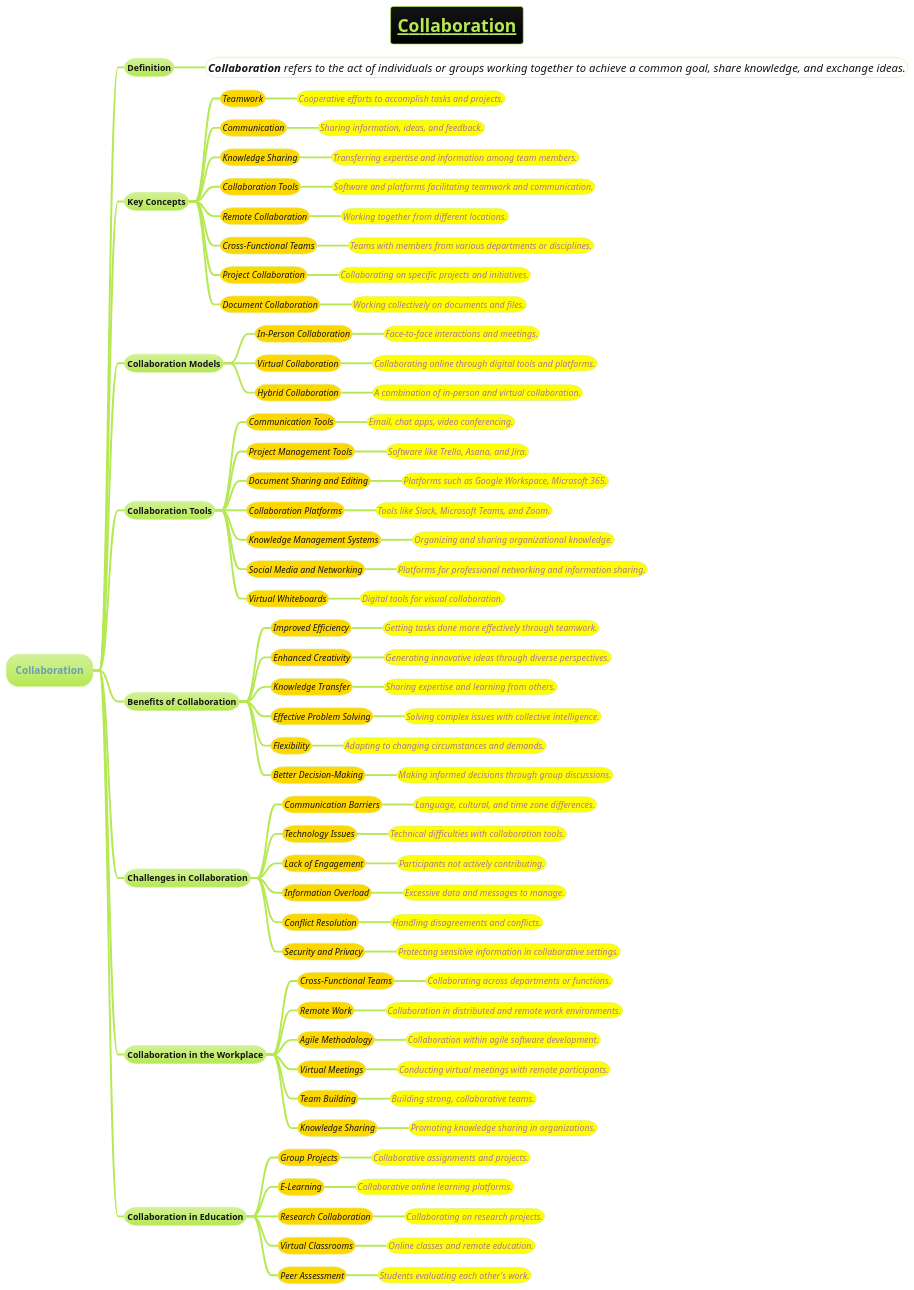
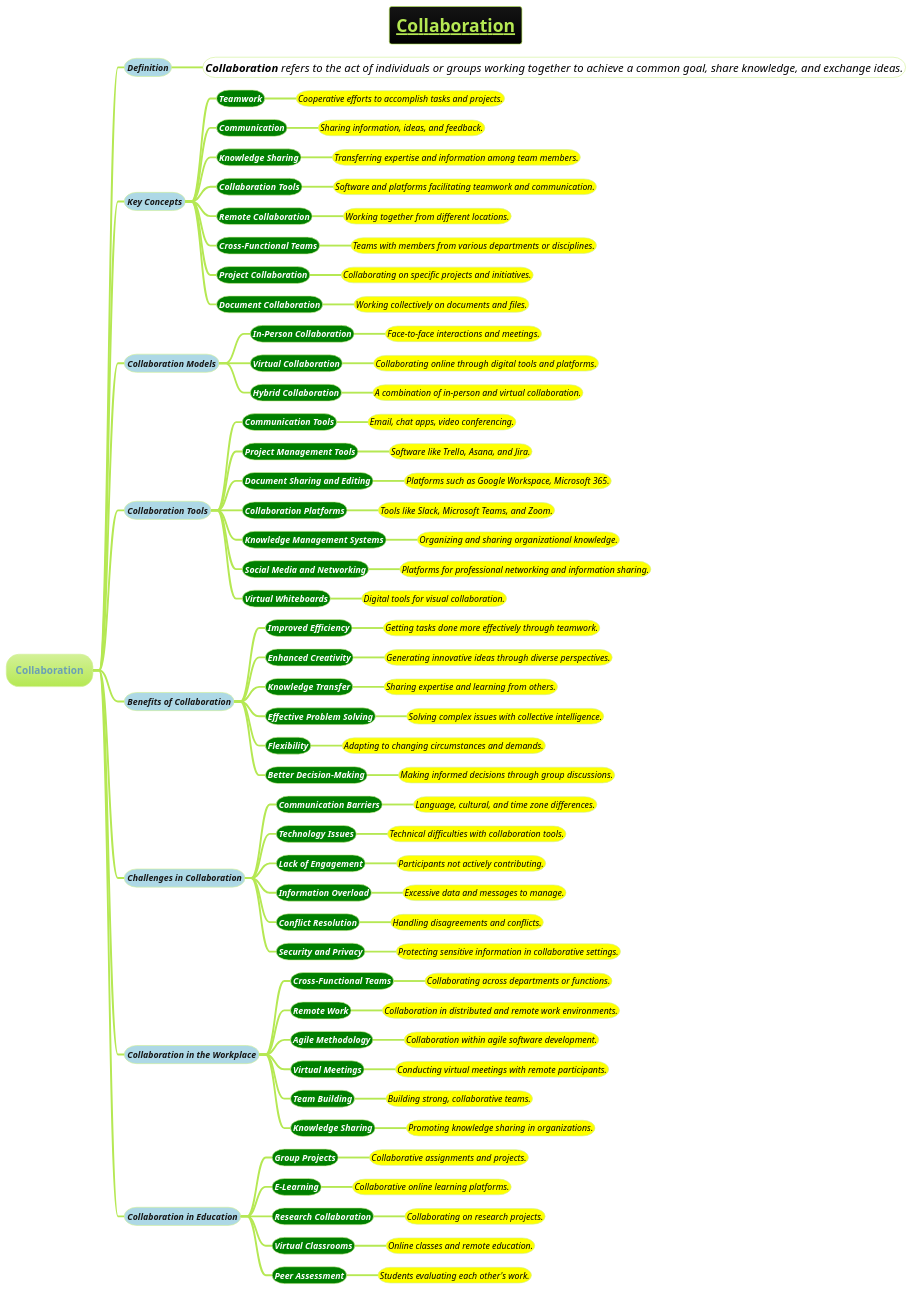
One commit to MehmoodHashmi/Documentation-as-Code-DaC changed the diagram in docs/3-devops/devops-plantuml-mindmap/Collaboration.puml. Above: the diagram before and after it, drawn with PlantUML. The commit also changed 18 other files, not shown here.

```diff
--- a/docs/3-devops/devops-plantuml-mindmap/Collaboration.puml
+++ b/docs/3-devops/devops-plantuml-mindmap/Collaboration.puml
@@ -1,107 +1,107 @@
 @startmindmap
 title =__Collaboration__
 !theme hacker
 
 
 
 * Collaboration
-** Definition
-***[#white] ====<size:18>**Collaboration** refers to the act of individuals or groups working together to achieve a common goal, share knowledge, and exchange ideas.
+**[#lightblue] <i>Definition
+***[#white] <color #black><i><size:18>**Collaboration** refers to the act of individuals or groups working together to achieve a common goal, share knowledge, and exchange ideas.
 
-** Key Concepts
-***[#gold] ====<size:14>Teamwork
-****[#yellow] ====<size:14>Cooperative efforts to accomplish tasks and projects.
-***[#gold] ====<size:14>Communication
-****[#yellow] ====<size:14>Sharing information, ideas, and feedback.
-***[#gold] ====<size:14>Knowledge Sharing
-****[#yellow] ====<size:14>Transferring expertise and information among team members.
-***[#gold] ====<size:14>Collaboration Tools
-****[#yellow] ====<size:14>Software and platforms facilitating teamwork and communication.
-***[#gold] ====<size:14>Remote Collaboration
-****[#yellow] ====<size:14>Working together from different locations.
-***[#gold] ====<size:14>Cross-Functional Teams
-****[#yellow] ====<size:14>Teams with members from various departments or disciplines.
-***[#gold] ====<size:14>Project Collaboration
-****[#yellow] ====<size:14>Collaborating on specific projects and initiatives.
-***[#gold] ====<size:14>Document Collaboration
-****[#yellow] ====<size:14>Working collectively on documents and files.
+**[#lightblue] <i>Key Concepts
+***[#green] <color #white><b><i><size:14>Teamwork
+****[#yellow] <color #black><i><size:14>Cooperative efforts to accomplish tasks and projects.
+***[#green] <color #white><b><i><size:14>Communication
+****[#yellow] <color #black><i><size:14>Sharing information, ideas, and feedback.
+***[#green] <color #white><b><i><size:14>Knowledge Sharing
+****[#yellow] <color #black><i><size:14>Transferring expertise and information among team members.
+***[#green] <color #white><b><i><size:14>Collaboration Tools
+****[#yellow] <color #black><i><size:14>Software and platforms facilitating teamwork and communication.
+***[#green] <color #white><b><i><size:14>Remote Collaboration
+****[#yellow] <color #black><i><size:14>Working together from different locations.
+***[#green] <color #white><b><i><size:14>Cross-Functional Teams
+****[#yellow] <color #black><i><size:14>Teams with members from various departments or disciplines.
+***[#green] <color #white><b><i><size:14>Project Collaboration
+****[#yellow] <color #black><i><size:14>Collaborating on specific projects and initiatives.
+***[#green] <color #white><b><i><size:14>Document Collaboration
+****[#yellow] <color #black><i><size:14>Working collectively on documents and files.
 
-** Collaboration Models
-***[#gold] ====<size:14>In-Person Collaboration
-****[#yellow] ====<size:14>Face-to-face interactions and meetings.
-***[#gold] ====<size:14>Virtual Collaboration
-****[#yellow] ====<size:14>Collaborating online through digital tools and platforms.
-***[#gold] ====<size:14>Hybrid Collaboration
-****[#yellow] ====<size:14>A combination of in-person and virtual collaboration.
+**[#lightblue] <i>Collaboration Models
+***[#green] <color #white><b><i><size:14>In-Person Collaboration
+****[#yellow] <color #black><i><size:14>Face-to-face interactions and meetings.
+***[#green] <color #white><b><i><size:14>Virtual Collaboration
+****[#yellow] <color #black><i><size:14>Collaborating online through digital tools and platforms.
+***[#green] <color #white><b><i><size:14>Hybrid Collaboration
+****[#yellow] <color #black><i><size:14>A combination of in-person and virtual collaboration.
 
-** Collaboration Tools
-***[#gold] ====<size:14>Communication Tools
-****[#yellow] ====<size:14>Email, chat apps, video conferencing.
-***[#gold] ====<size:14>Project Management Tools
-****[#yellow] ====<size:14>Software like Trello, Asana, and Jira.
-***[#gold] ====<size:14>Document Sharing and Editing
-****[#yellow] ====<size:14>Platforms such as Google Workspace, Microsoft 365.
-***[#gold] ====<size:14>Collaboration Platforms
-****[#yellow] ====<size:14>Tools like Slack, Microsoft Teams, and Zoom.
-***[#gold] ====<size:14>Knowledge Management Systems
-****[#yellow] ====<size:14>Organizing and sharing organizational knowledge.
-***[#gold] ====<size:14>Social Media and Networking
-****[#yellow] ====<size:14>Platforms for professional networking and information sharing.
-***[#gold] ====<size:14>Virtual Whiteboards
-****[#yellow] ====<size:14>Digital tools for visual collaboration.
+**[#lightblue] <i>Collaboration Tools
+***[#green] <color #white><b><i><size:14>Communication Tools
+****[#yellow] <color #black><i><size:14>Email, chat apps, video conferencing.
+***[#green] <color #white><b><i><size:14>Project Management Tools
+****[#yellow] <color #black><i><size:14>Software like Trello, Asana, and Jira.
+***[#green] <color #white><b><i><size:14>Document Sharing and Editing
+****[#yellow] <color #black><i><size:14>Platforms such as Google Workspace, Microsoft 365.
+***[#green] <color #white><b><i><size:14>Collaboration Platforms
+****[#yellow] <color #black><i><size:14>Tools like Slack, Microsoft Teams, and Zoom.
+***[#green] <color #white><b><i><size:14>Knowledge Management Systems
+****[#yellow] <color #black><i><size:14>Organizing and sharing organizational knowledge.
+***[#green] <color #white><b><i><size:14>Social Media and Networking
+****[#yellow] <color #black><i><size:14>Platforms for professional networking and information sharing.
+***[#green] <color #white><b><i><size:14>Virtual Whiteboards
+****[#yellow] <color #black><i><size:14>Digital tools for visual collaboration.
 
-** Benefits of Collaboration
-***[#gold] ====<size:14>Improved Efficiency
-****[#yellow] ====<size:14>Getting tasks done more effectively through teamwork.
-***[#gold] ====<size:14>Enhanced Creativity
-****[#yellow] ====<size:14>Generating innovative ideas through diverse perspectives.
-***[#gold] ====<size:14>Knowledge Transfer
-****[#yellow] ====<size:14>Sharing expertise and learning from others.
-***[#gold] ====<size:14>Effective Problem Solving
-****[#yellow] ====<size:14>Solving complex issues with collective intelligence.
-***[#gold] ====<size:14>Flexibility
-****[#yellow] ====<size:14>Adapting to changing circumstances and demands.
-***[#gold] ====<size:14>Better Decision-Making
-****[#yellow] ====<size:14>Making informed decisions through group discussions.
+**[#lightblue] <i>Benefits of Collaboration
+***[#green] <color #white><b><i><size:14>Improved Efficiency
+****[#yellow] <color #black><i><size:14>Getting tasks done more effectively through teamwork.
+***[#green] <color #white><b><i><size:14>Enhanced Creativity
+****[#yellow] <color #black><i><size:14>Generating innovative ideas through diverse perspectives.
+***[#green] <color #white><b><i><size:14>Knowledge Transfer
+****[#yellow] <color #black><i><size:14>Sharing expertise and learning from others.
+***[#green] <color #white><b><i><size:14>Effective Problem Solving
+****[#yellow] <color #black><i><size:14>Solving complex issues with collective intelligence.
+***[#green] <color #white><b><i><size:14>Flexibility
+****[#yellow] <color #black><i><size:14>Adapting to changing circumstances and demands.
+***[#green] <color #white><b><i><size:14>Better Decision-Making
+****[#yellow] <color #black><i><size:14>Making informed decisions through group discussions.
 
-** Challenges in Collaboration
-***[#gold] ====<size:14>Communication Barriers
-****[#yellow] ====<size:14>Language, cultural, and time zone differences.
-***[#gold] ====<size:14>Technology Issues
-****[#yellow] ====<size:14>Technical difficulties with collaboration tools.
-***[#gold] ====<size:14>Lack of Engagement
-****[#yellow] ====<size:14>Participants not actively contributing.
-***[#gold] ====<size:14>Information Overload
-****[#yellow] ====<size:14>Excessive data and messages to manage.
-***[#gold] ====<size:14>Conflict Resolution
-****[#yellow] ====<size:14>Handling disagreements and conflicts.
-***[#gold] ====<size:14>Security and Privacy
-****[#yellow] ====<size:14>Protecting sensitive information in collaborative settings.
+**[#lightblue] <i>Challenges in Collaboration
+***[#green] <color #white><b><i><size:14>Communication Barriers
+****[#yellow] <color #black><i><size:14>Language, cultural, and time zone differences.
+***[#green] <color #white><b><i><size:14>Technology Issues
+****[#yellow] <color #black><i><size:14>Technical difficulties with collaboration tools.
+***[#green] <color #white><b><i><size:14>Lack of Engagement
+****[#yellow] <color #black><i><size:14>Participants not actively contributing.
+***[#green] <color #white><b><i><size:14>Information Overload
+****[#yellow] <color #black><i><size:14>Excessive data and messages to manage.
+***[#green] <color #white><b><i><size:14>Conflict Resolution
+****[#yellow] <color #black><i><size:14>Handling disagreements and conflicts.
+***[#green] <color #white><b><i><size:14>Security and Privacy
+****[#yellow] <color #black><i><size:14>Protecting sensitive information in collaborative settings.
 
-** Collaboration in the Workplace
-***[#gold] ====<size:14>Cross-Functional Teams
-****[#yellow] ====<size:14>Collaborating across departments or functions.
-***[#gold] ====<size:14>Remote Work
-****[#yellow] ====<size:14>Collaboration in distributed and remote work environments.
-***[#gold] ====<size:14>Agile Methodology
-****[#yellow] ====<size:14>Collaboration within agile software development.
-***[#gold] ====<size:14>Virtual Meetings
-****[#yellow] ====<size:14>Conducting virtual meetings with remote participants.
-***[#gold] ====<size:14>Team Building
-****[#yellow] ====<size:14>Building strong, collaborative teams.
-***[#gold] ====<size:14>Knowledge Sharing
-****[#yellow] ====<size:14>Promoting knowledge sharing in organizations.
+**[#lightblue] <i>Collaboration in the Workplace
+***[#green] <color #white><b><i><size:14>Cross-Functional Teams
+****[#yellow] <color #black><i><size:14>Collaborating across departments or functions.
+***[#green] <color #white><b><i><size:14>Remote Work
+****[#yellow] <color #black><i><size:14>Collaboration in distributed and remote work environments.
+***[#green] <color #white><b><i><size:14>Agile Methodology
+****[#yellow] <color #black><i><size:14>Collaboration within agile software development.
+***[#green] <color #white><b><i><size:14>Virtual Meetings
+****[#yellow] <color #black><i><size:14>Conducting virtual meetings with remote participants.
+***[#green] <color #white><b><i><size:14>Team Building
+****[#yellow] <color #black><i><size:14>Building strong, collaborative teams.
+***[#green] <color #white><b><i><size:14>Knowledge Sharing
+****[#yellow] <color #black><i><size:14>Promoting knowledge sharing in organizations.
 
-** Collaboration in Education
-***[#gold] ====<size:14>Group Projects
-****[#yellow] ====<size:14>Collaborative assignments and projects.
-***[#gold] ====<size:14>E-Learning
-****[#yellow] ====<size:14>Collaborative online learning platforms.
-***[#gold] ====<size:14>Research Collaboration
-****[#yellow] ====<size:14>Collaborating on research projects.
-***[#gold] ====<size:14>Virtual Classrooms
-****[#yellow] ====<size:14>Online classes and remote education.
-***[#gold] ====<size:14>Peer Assessment
-****[#yellow] ====<size:14>Students evaluating each other's work.
+**[#lightblue] <i>Collaboration in Education
+***[#green] <color #white><b><i><size:14>Group Projects
+****[#yellow] <color #black><i><size:14>Collaborative assignments and projects.
+***[#green] <color #white><b><i><size:14>E-Learning
+****[#yellow] <color #black><i><size:14>Collaborative online learning platforms.
+***[#green] <color #white><b><i><size:14>Research Collaboration
+****[#yellow] <color #black><i><size:14>Collaborating on research projects.
+***[#green] <color #white><b><i><size:14>Virtual Classrooms
+****[#yellow] <color #black><i><size:14>Online classes and remote education.
+***[#green] <color #white><b><i><size:14>Peer Assessment
+****[#yellow] <color #black><i><size:14>Students evaluating each other's work.
 
 @endmindmap
```
